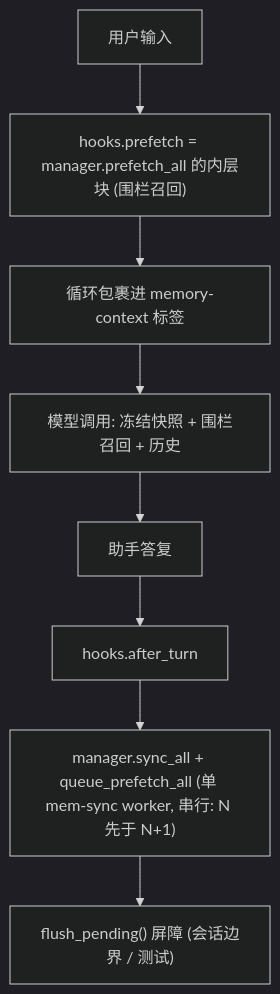
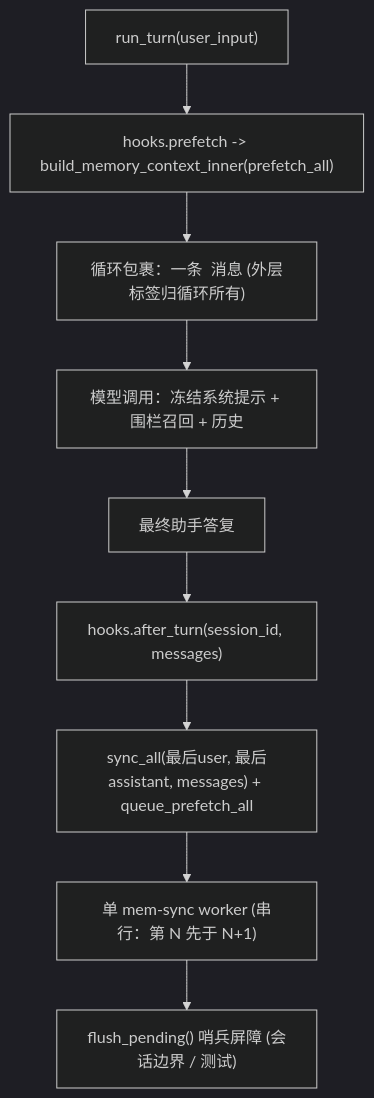
Before and after one commit to Ruihang2017/Jobpin-Agent: the second of 2 diagrams in site/devlog/p0-1.3-memory-provider-manager.md, drawn with Mermaid (dark theme). The commit also changed other lines of this file and 5 other files, not shown here.

````diff
--- a/site/devlog/p0-1.3-memory-provider-manager.md
+++ b/site/devlog/p0-1.3-memory-provider-manager.md
@@ -43,10 +283,11 @@
 ```mermaid
 flowchart TD
-    A["用户输入"] --> PF["hooks.prefetch = manager.prefetch_all 的内层块 (围栏召回)"]
-    PF --> WRAP["循环包裹进 memory-context 标签"]
-    WRAP --> CALL["模型调用: 冻结快照 + 围栏召回 + 历史"]
-    CALL --> ANS["助手答复"]
-    ANS --> AT["hooks.after_turn"]
-    AT --> SY["manager.sync_all + queue_prefetch_all (单 mem-sync worker, 串行: N 先于 N+1)"]
-    SY --> FB["flush_pending() 屏障 (会话边界 / 测试)"]
+    A["run_turn(user_input)"] --> PF["hooks.prefetch -> build_memory_context_inner(prefetch_all)"]
+    PF --> WRAP["循环包裹：一条 <memory-context> 消息 (外层标签归循环所有)"]
+    WRAP --> CALL["模型调用：冻结系统提示 + 围栏召回 + 历史"]
+    CALL --> ANS["最终助手答复"]
+    ANS --> AT["hooks.after_turn(session_id, messages)"]
+    AT --> SY["sync_all(最后user, 最后assistant, messages) + queue_prefetch_all"]
+    SY --> W["单 mem-sync worker (串行：第 N 先于 N+1)"]
+    W --> FB["flush_pending() 哨兵屏障 (会话边界 / 测试)"]
 ```
````
